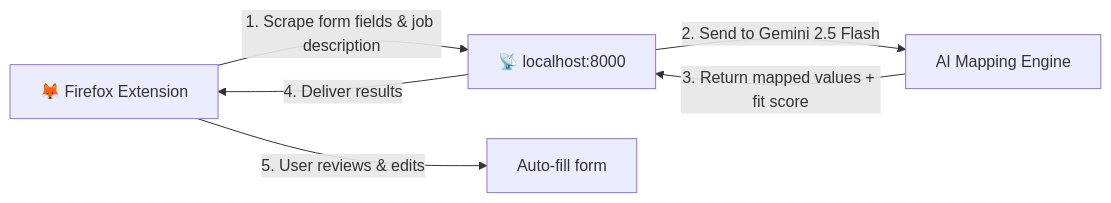
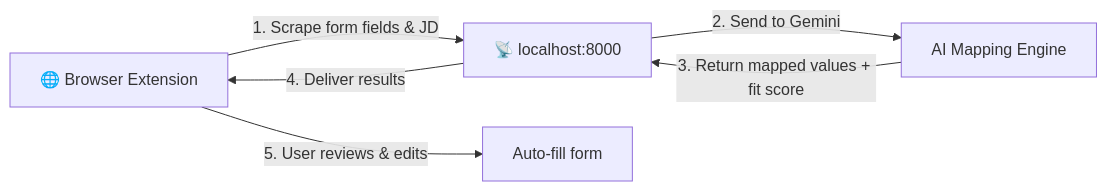
Before and after one commit to geckguy/AutoApply: the diagram in README.md, drawn with Mermaid. The commit also changed other lines of this file and 11 other files, not shown here.

````diff
--- a/README.md
+++ b/README.md
@@ -38,8 +45,8 @@
 ```mermaid
 graph LR
-    A["🦊 Firefox Extension"] -->|1. Scrape form fields & job description| B["📡 localhost:8000"]
-    B -->|2. Send to Gemini 2.5 Flash| C["AI Mapping Engine"]
+    A["🌐 Browser Extension"] -->|1. Scrape form fields & JD| B["📡 localhost:8000"]
+    B -->|2. Send to Gemini| C["AI Mapping Engine"]
     C -->|3. Return mapped values + fit score| B
     B -->|4. Deliver results| A
     A -->|5. User reviews & edits| D["Auto-fill form"]
 ```
````
